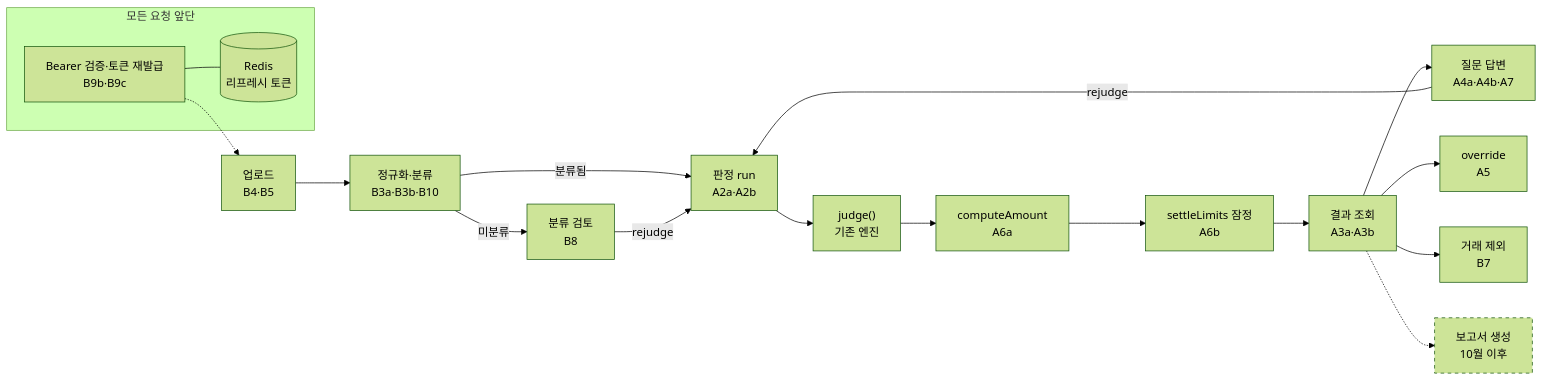
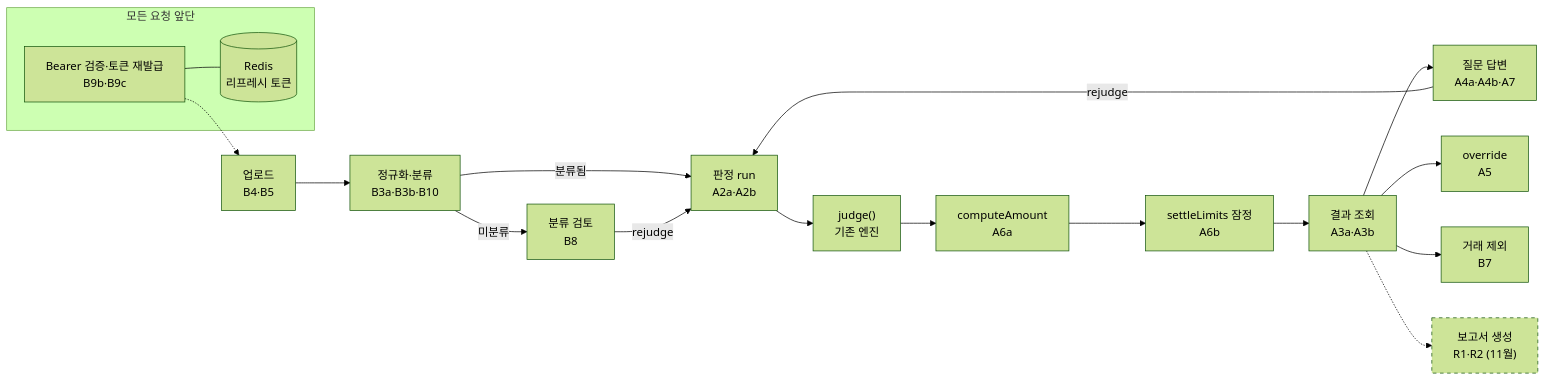
The third of 4 diagrams in docs/backend_api_plan.md (RainDrop3/ktc4-pusan-4), drawn with Mermaid (forest theme) before and after one commit. The commit also changed other lines of this file, not shown here.

Commit message:
docs: 발표 일정 기준 11월 보고서·관리자 API 계획 추가

````diff
--- a/docs/backend_api_plan.md
+++ b/docs/backend_api_plan.md
@@ -132,21 +132,21 @@
 ```mermaid
 flowchart LR
     U["업로드<br/>B4·B5"] --> N["정규화·분류<br/>B3a·B3b·B10"]
     N -->|미분류| CR["분류 검토<br/>B8"]
     N -->|분류됨| R["판정 run<br/>A2a·A2b"]
     CR -->|rejudge| R
     R --> J["judge()<br/>기존 엔진"]
     J --> C["computeAmount<br/>A6a"]
     C --> L["settleLimits 잠정<br/>A6b"]
     L --> Q["결과 조회<br/>A3a·A3b"]
     Q --> QA["질문 답변<br/>A4a·A4b·A7"]
     QA -->|rejudge| R
     Q --> O["override<br/>A5"]
     Q --> X["거래 제외<br/>B7"]
-    Q -.-> RP["보고서 생성<br/>10월 이후"]
+    Q -.-> RP["보고서 생성<br/>R1·R2 (11월)"]
     subgraph AUTH["모든 요청 앞단"]
         T["Bearer 검증·토큰 재발급<br/>B9b·B9c"] --- RD[("Redis<br/>리프레시 토큰")]
     end
     T -.-> U
     style RP stroke-dasharray: 5 5
 ```
````
